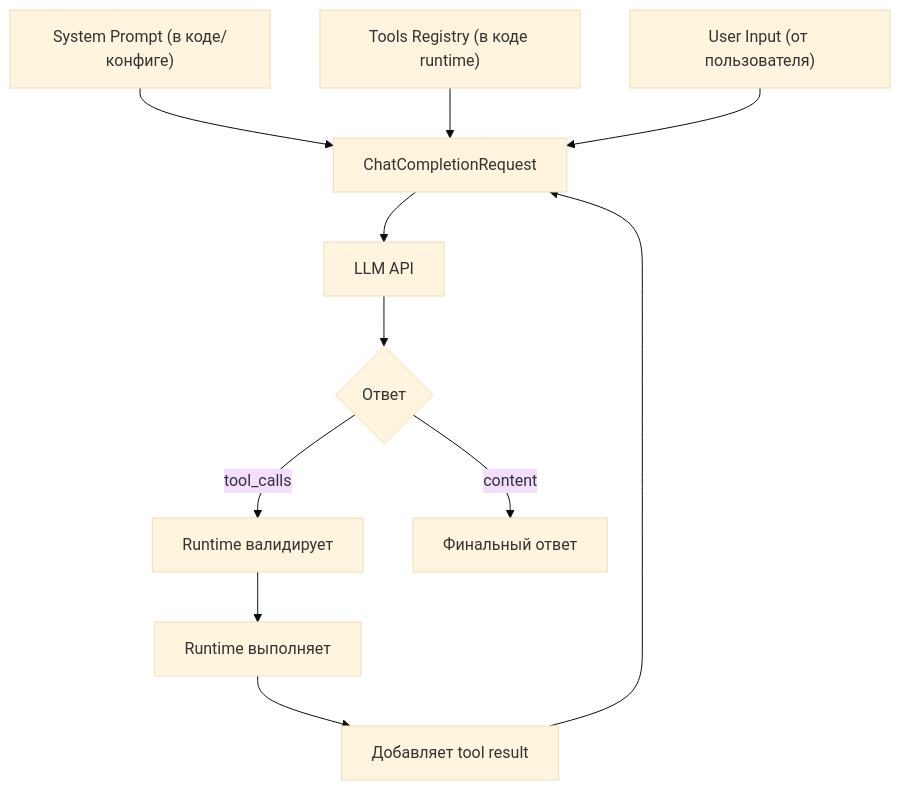
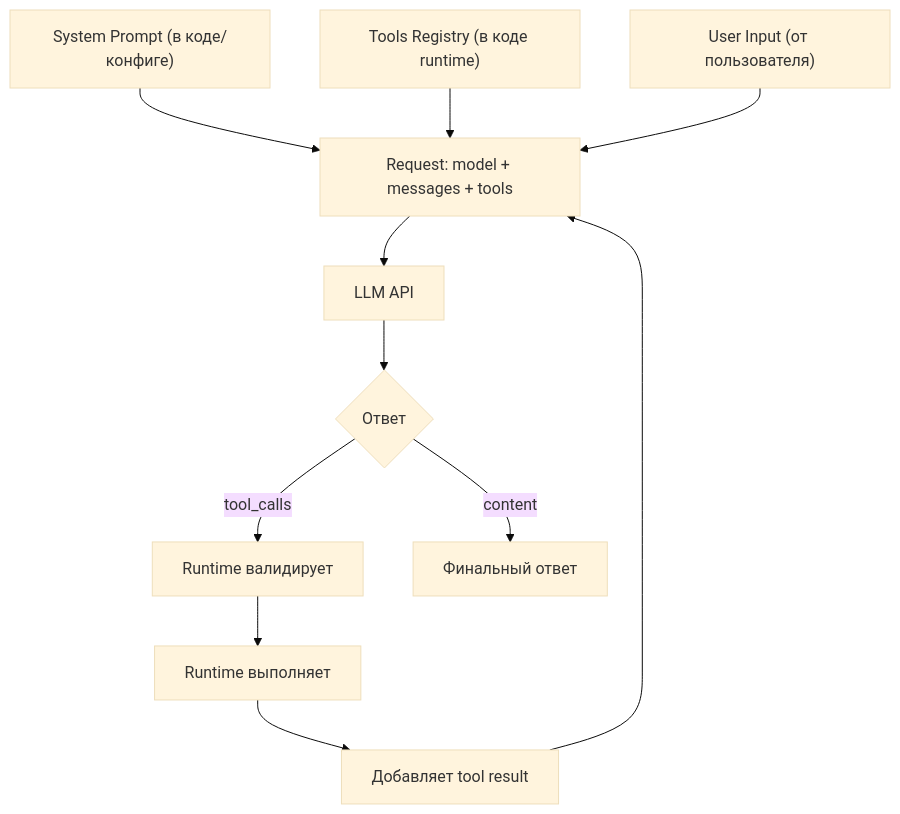
One commit to kshvakov/ai-agent-course changed the diagram in translations/ru/book/03-tools-and-function-calling/README.md. Above: the diagram before and after it, drawn with Mermaid (base theme). The commit also changed other lines of this file and 32 other files, not shown here.

````diff
--- a/translations/ru/book/03-tools-and-function-calling/README.md
+++ b/translations/ru/book/03-tools-and-function-calling/README.md
@@ -271,13 +289,13 @@
 ```mermaid
 graph TB
-    A["System Prompt (в коде/конфиге)"] --> D[ChatCompletionRequest]
+    A["System Prompt (в коде/конфиге)"] --> D[Request: model + messages + tools]
     B["Tools Registry (в коде runtime)"] --> D
     C["User Input (от пользователя)"] --> D
     D --> E[LLM API]
     E --> F{Ответ}
     F -->|tool_calls| G[Runtime валидирует]
     G --> H[Runtime выполняет]
     H --> I[Добавляет tool result]
     I --> D
     F -->|content| J[Финальный ответ]
 ```
````
